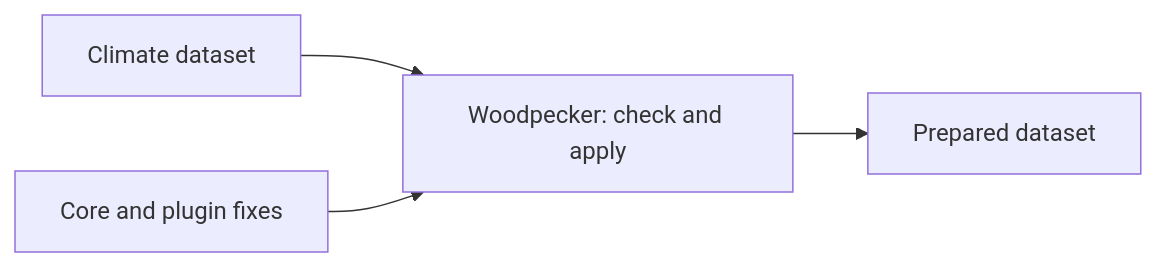
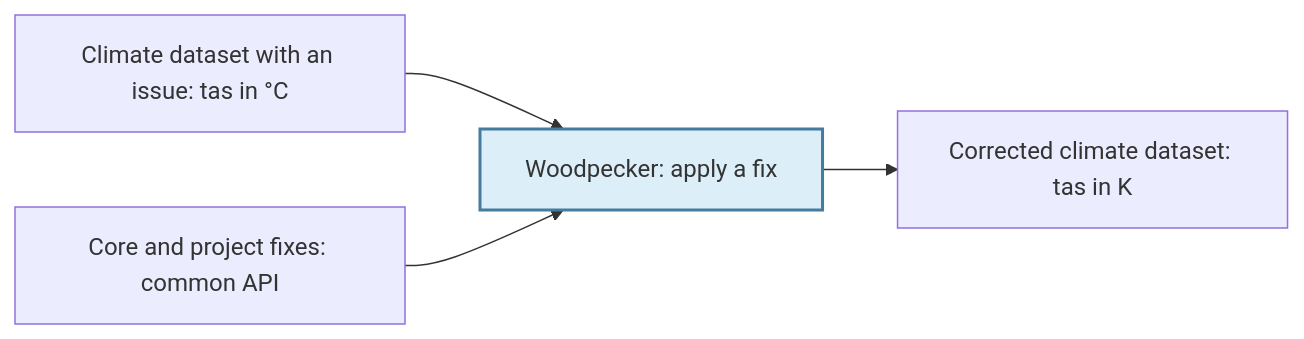
The first of 9 diagrams in overview-slides.md (roocs/woodpecker), drawn with Mermaid before and after one commit. The commit also changed other lines of this file, not shown here.

````diff
--- a/overview-slides.md
+++ b/overview-slides.md
@@ -26,6 +26,7 @@
 ```mermaid
 flowchart LR
-    D["Climate dataset"] --> W["Woodpecker: check and apply"]
-    P["Core and plugin fixes"] --> W
-    W --> O["Prepared dataset"]
+    D["Climate dataset with an issue: tas in °C"] --> W["Woodpecker: apply a fix"]
+    P["Core and project fixes: common API"] --> W
+    W --> O["Corrected climate dataset: tas in K"]
+    style W fill:#dceef8,stroke:#457b9d,stroke-width:2px
 ```
````
